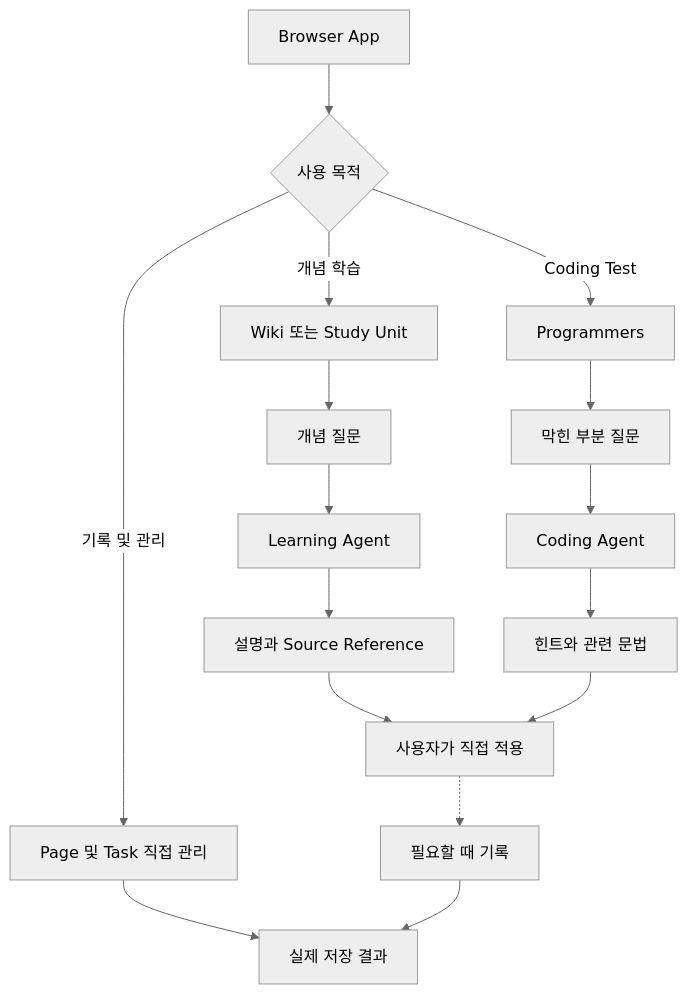
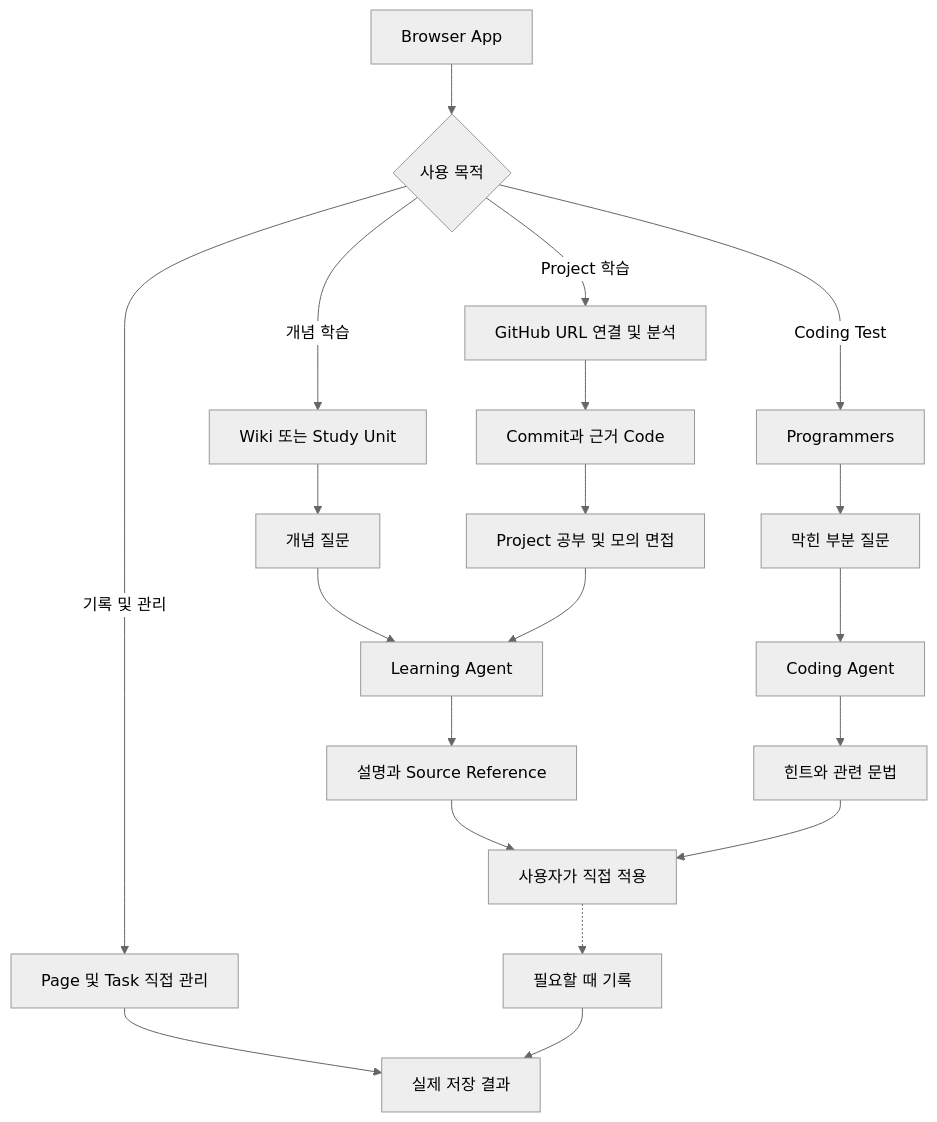
One commit to YoonDaeSung-01/MCP_Project changed the diagram in docs/USER_FLOWS.md. Above: the diagram before and after it, drawn with Mermaid (neutral theme). The commit also changed other lines of this file and 27 other files, not shown here.

````diff
--- a/docs/USER_FLOWS.md
+++ b/docs/USER_FLOWS.md
@@ -26,32 +26,39 @@
 ```mermaid
 flowchart TB
   START["Browser App"]
   GOAL{"사용 목적"}
   STUDY["Wiki 또는 Study Unit"]
+  REPO["GitHub URL 연결 및 분석"]
+  RP["Commit과 근거 Code"]
+  RQ["Project 공부 및 모의 면접"]
   LQ["개념 질문"]
   LA["Learning Agent"]
   CONCEPT["설명과 Source Reference"]
   EXT["Programmers"]
   CQ["막힌 부분 질문"]
   CA["Coding Agent"]
   HINT["힌트와 관련 문법"]
   APPLY["사용자가 직접 적용"]
   MANAGE["Page 및 Task 직접 관리"]
   SAVE["실제 저장 결과"]
   RECORD["필요할 때 기록"]
   START --> GOAL
   GOAL -->|"개념 학습"| STUDY
   STUDY --> LQ
   LQ --> LA
   LA --> CONCEPT
   CONCEPT --> APPLY
+  GOAL -->|"Project 학습"| REPO
+  REPO --> RP
+  RP --> RQ
+  RQ --> LA
   GOAL -->|"Coding Test"| EXT
   EXT --> CQ
   CQ --> CA
   CA --> HINT
   HINT --> APPLY
   GOAL -->|"기록 및 관리"| MANAGE
   MANAGE --> SAVE
   APPLY -.-> RECORD
   RECORD --> SAVE
 ```
````
